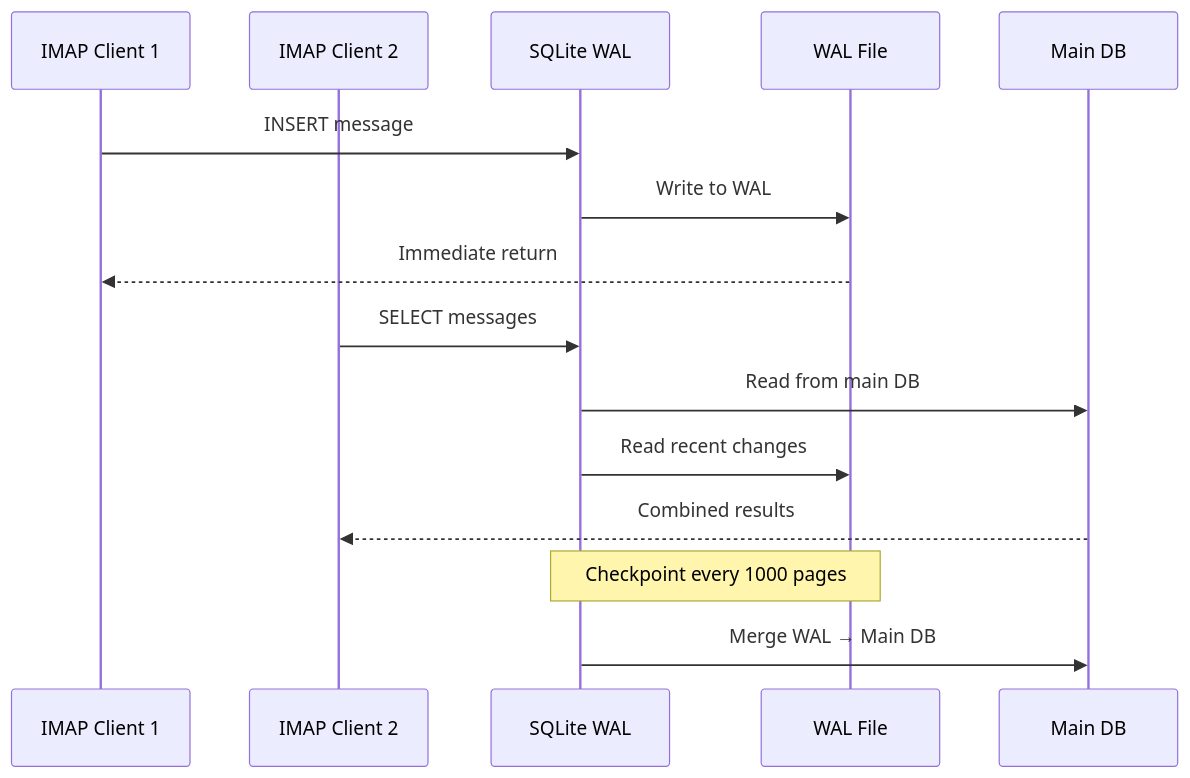
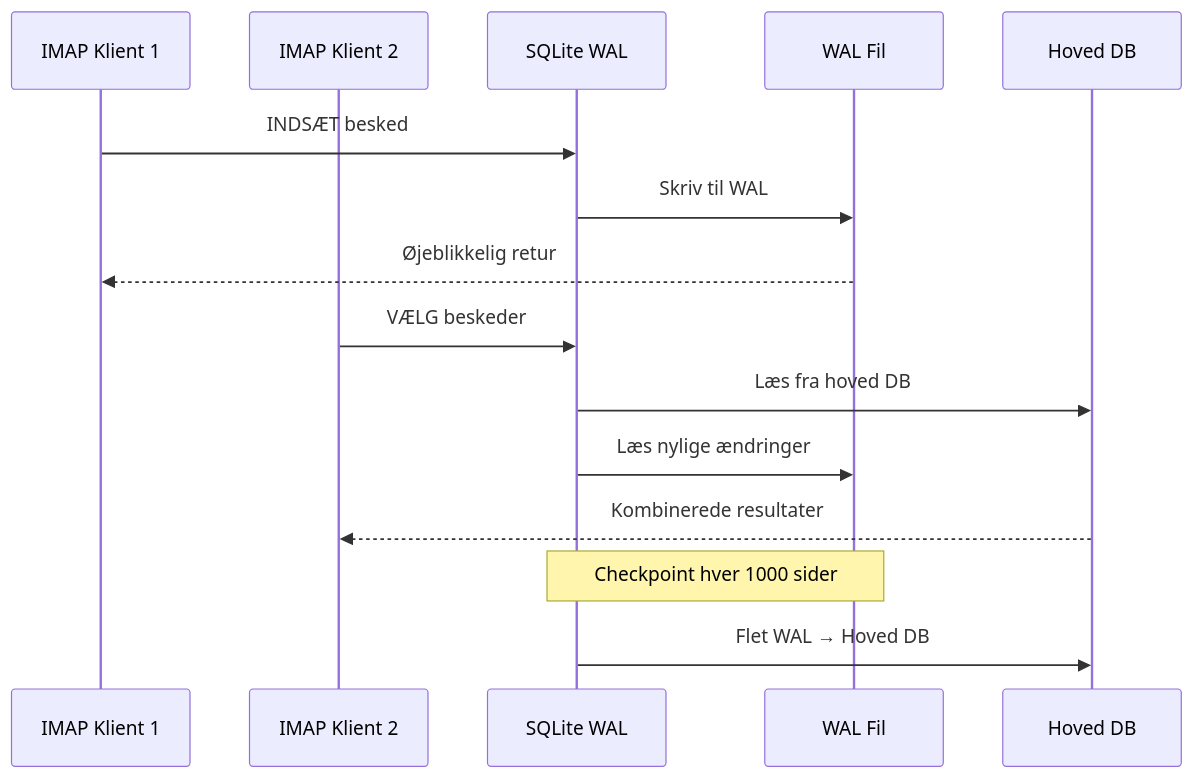
Before and after one commit to forwardemail/forwardemail.net: the third of 3 diagrams in app/views/docs/sqlite-performance-optimization-pragma-chacha20-production-guide/index-da.md, drawn with Mermaid. The commit also changed other lines of this file and 1055 other files, not shown here.

````diff
--- a/app/views/docs/sqlite-performance-optimization-pragma-chacha20-production-guide/index-da.md
+++ b/app/views/docs/sqlite-performance-optimization-pragma-chacha20-production-guide/index-da.md
@@ -239,20 +245,20 @@
 ```mermaid
 sequenceDiagram
-    participant C1 as IMAP Client 1
-    participant C2 as IMAP Client 2
+    participant C1 as IMAP Klient 1
+    participant C2 as IMAP Klient 2
     participant DB as SQLite WAL
-    participant W as WAL File
-    participant M as Main DB
+    participant W as WAL Fil
+    participant M as Hoved DB
 
-    C1->>DB: INSERT message
-    DB->>W: Write to WAL
-    W-->>C1: Immediate return
+    C1->>DB: INDSÆT besked
+    DB->>W: Skriv til WAL
+    W-->>C1: Øjeblikkelig retur
 
-    C2->>DB: SELECT messages
-    DB->>M: Read from main DB
-    DB->>W: Read recent changes
-    M-->>C2: Combined results
+    C2->>DB: VÆLG beskeder
+    DB->>M: Læs fra hoved DB
+    DB->>W: Læs nylige ændringer
+    M-->>C2: Kombinerede resultater
 
-    Note over DB,W: Checkpoint every 1000 pages
-    DB->>M: Merge WAL → Main DB
+    Note over DB,W: Checkpoint hver 1000 sider
+    DB->>M: Flet WAL → Hoved DB
 ```
````
